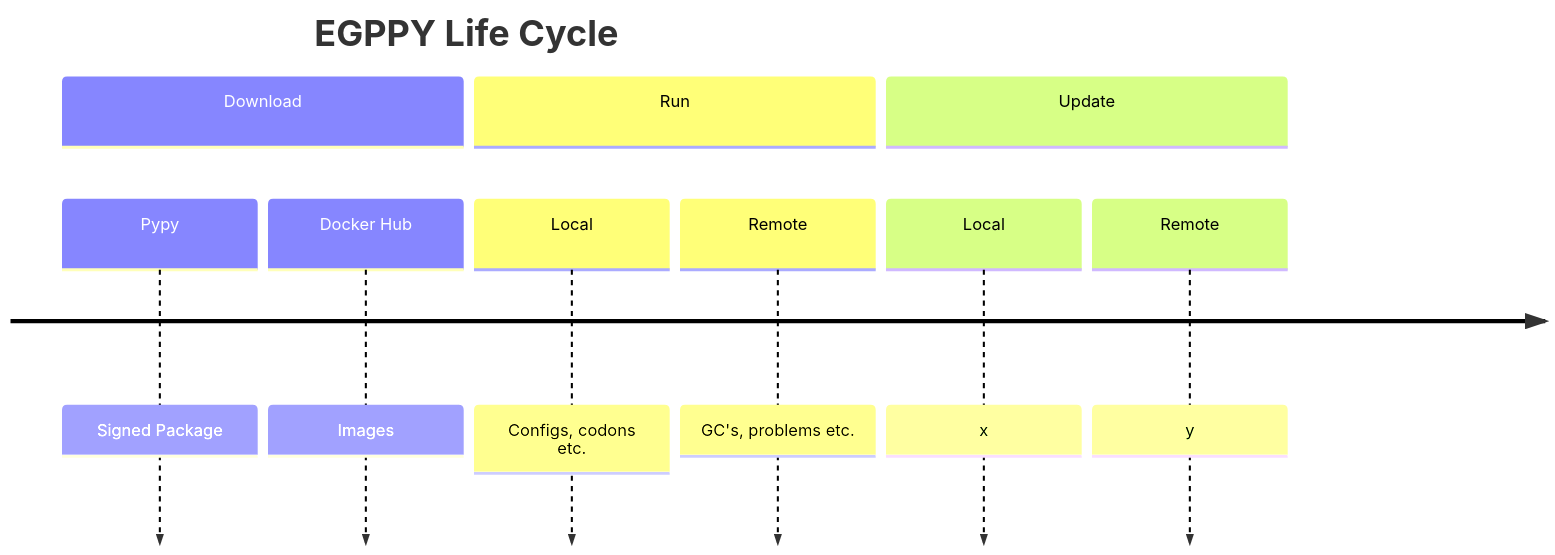
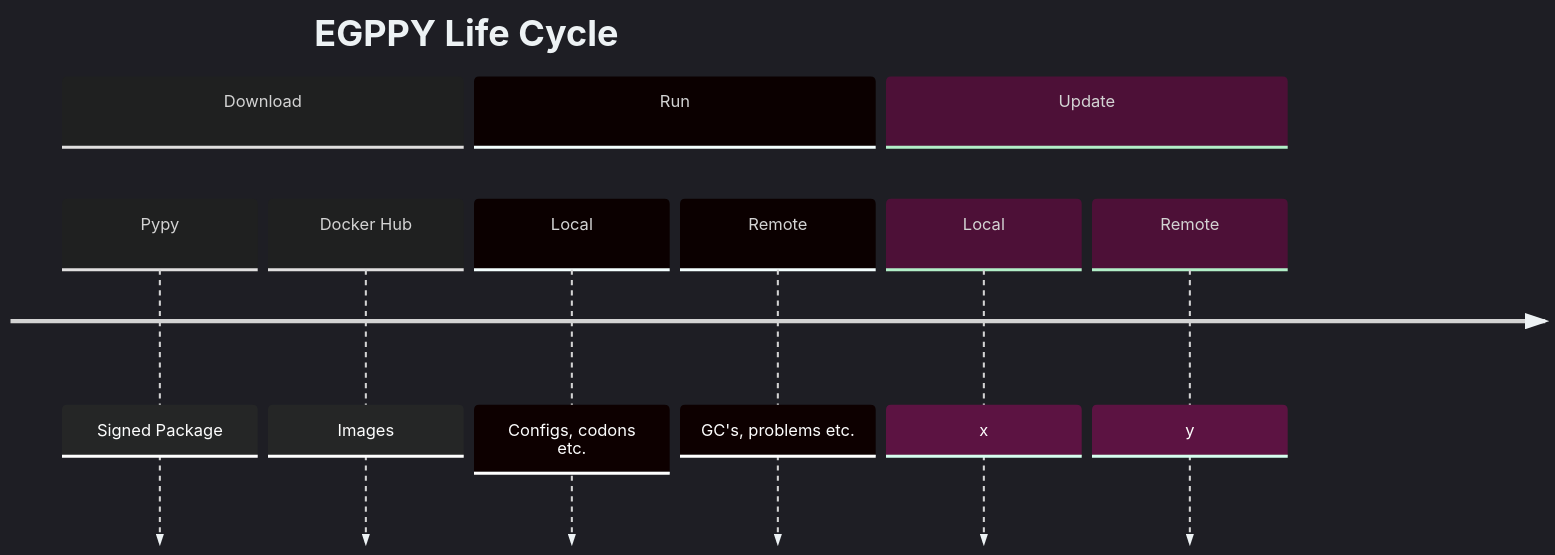
Before and after one commit to Shapedsundew9/erasmus-gp: the diagram in docs/development/lifecycle.md, drawn with Mermaid. The commit also changed 21 other files, not shown here.

First line of the commit message:
Enhance Mermaid Diagrams and Color Consistency Across Documentation

````diff
--- a/docs/development/lifecycle.md
+++ b/docs/development/lifecycle.md
@@ -3,13 +3,14 @@
 ```mermaid
+%%{init: { 'theme': 'dark', 'themeVariables': { 'lineColor': '#6c7a89', 'textColor': '#edf2f4', 'mainBkg': '#2b2d42', 'primaryBorderColor': '#4a4e69' }}}%%
 timeline
     title EGPPY Life Cycle
     section Download
         Pypy : Signed Package
         Docker Hub : Images
     section Run
         Local : Configs, codons etc.
         Remote : GC's, problems etc.
     section Update
         Local : x
         Remote : y
 ```
````
